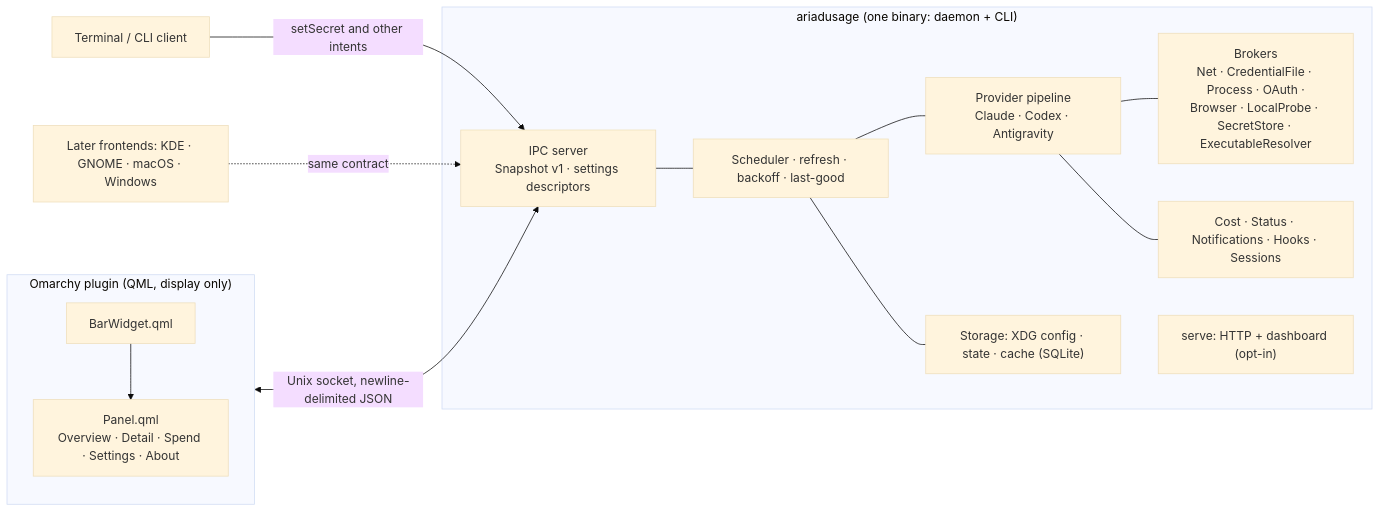
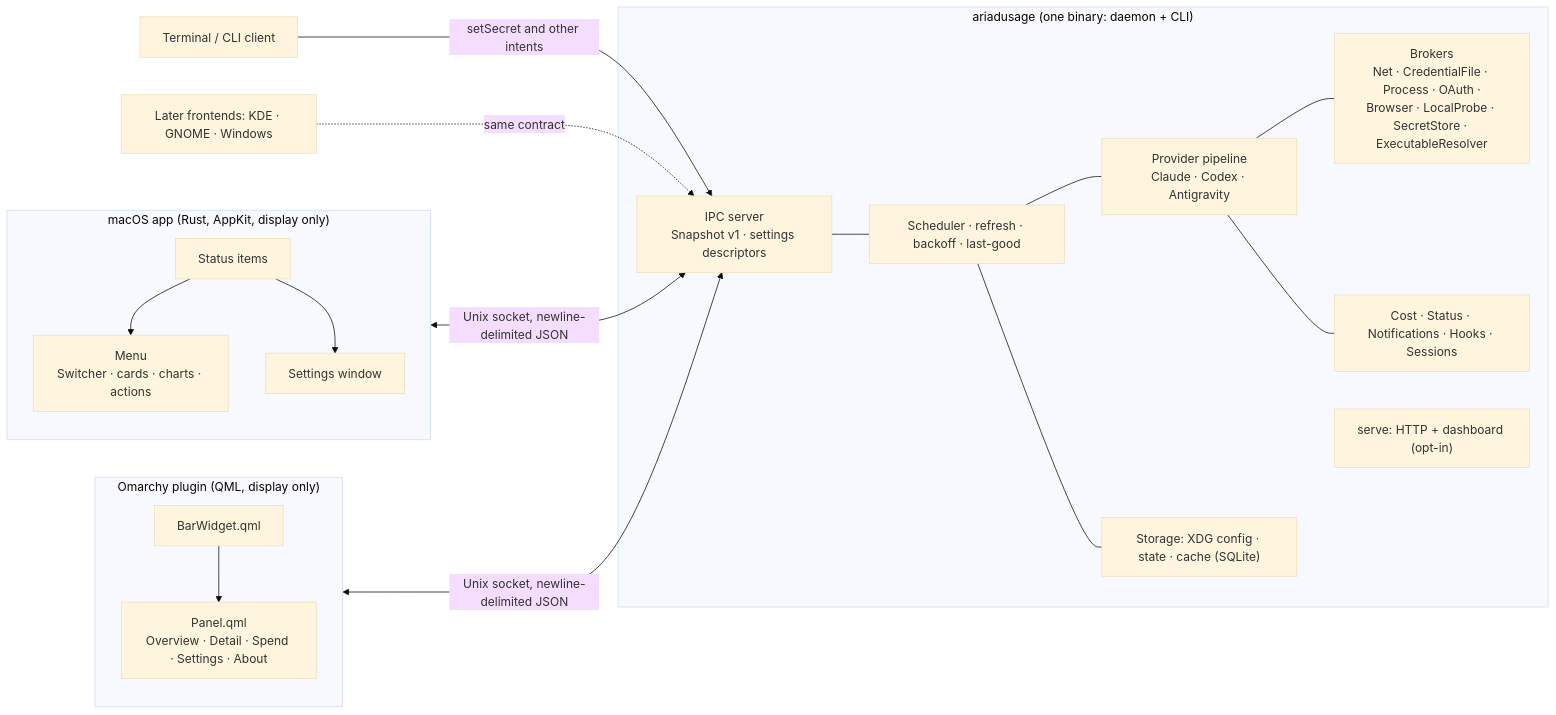
One commit to bavanchun/ariadusage changed the diagram in ARCHITECTURE.md. Above: the diagram before and after it, drawn with Mermaid (base theme). The commit also changed other lines of this file and 3 other files, not shown here.

````diff
--- a/ARCHITECTURE.md
+++ b/ARCHITECTURE.md
@@ -100,23 +104,28 @@
 ```mermaid
 flowchart LR
+  subgraph mac["macOS app (Rust, AppKit, display only)"]
+    status["Status items"] --> menu["Menu<br/>Switcher · cards · charts · actions"]
+    status --> prefs["Settings window"]
+  end
   subgraph plugin["Omarchy plugin (QML, display only)"]
     bar["BarWidget.qml"] --> panel["Panel.qml<br/>Overview · Detail · Spend · Settings · About"]
   end
   subgraph engine["ariadusage (one binary: daemon + CLI)"]
     ipc["IPC server<br/>Snapshot v1 · settings descriptors"]
     sched["Scheduler · refresh · backoff · last-good"]
     pipe["Provider pipeline<br/>Claude · Codex · Antigravity"]
     brokers["Brokers<br/>Net · CredentialFile · Process · OAuth ·<br/>Browser · LocalProbe · SecretStore · ExecutableResolver"]
     extra["Cost · Status · Notifications · Hooks · Sessions"]
     store["Storage: XDG config · state · cache (SQLite)"]
     serve["serve: HTTP + dashboard (opt-in)"]
   end
   terminal["Terminal / CLI client"]
-  later["Later frontends: KDE · GNOME · macOS · Windows"]
+  later["Later frontends: KDE · GNOME · Windows"]
+  mac <-->|"Unix socket, newline-delimited JSON"| ipc
   plugin <-->|"Unix socket, newline-delimited JSON"| ipc
   terminal -->|"setSecret and other intents"| ipc
   later -.->|"same contract"| ipc
   ipc --- sched --- pipe --- brokers
   pipe --- extra
   sched --- store
 ```
````
